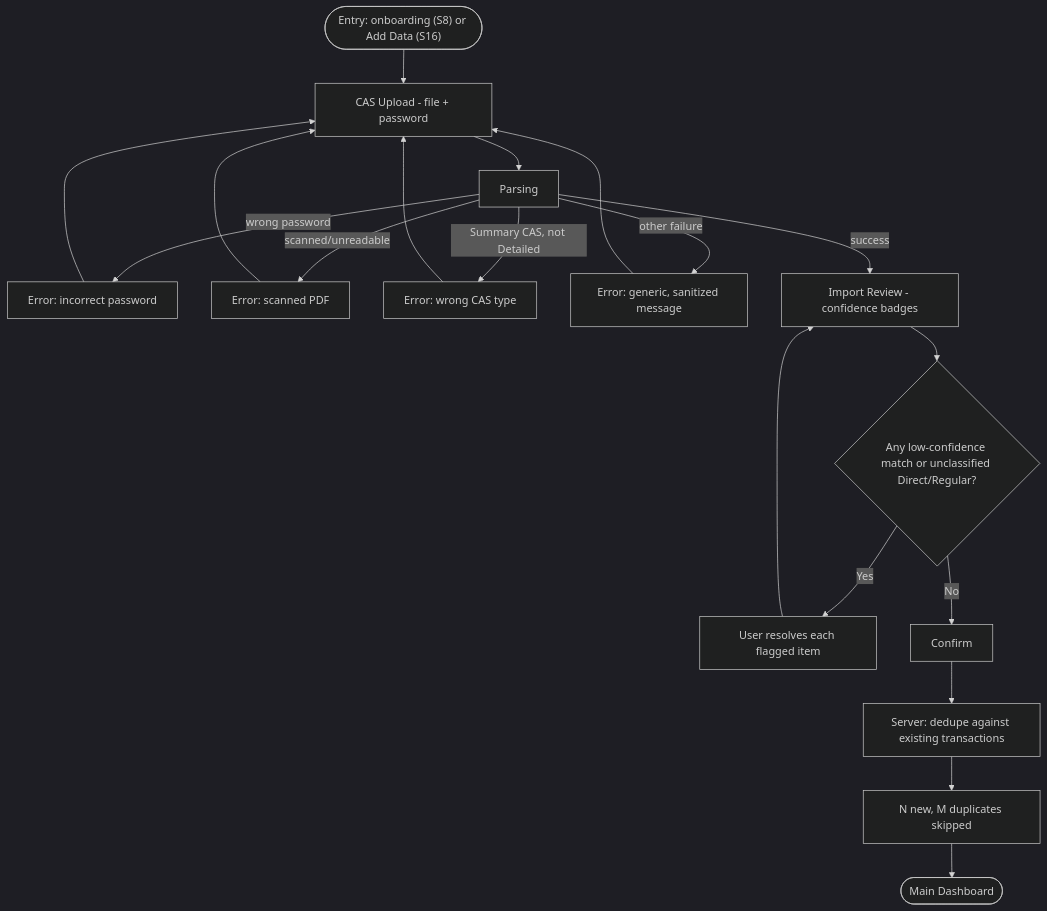
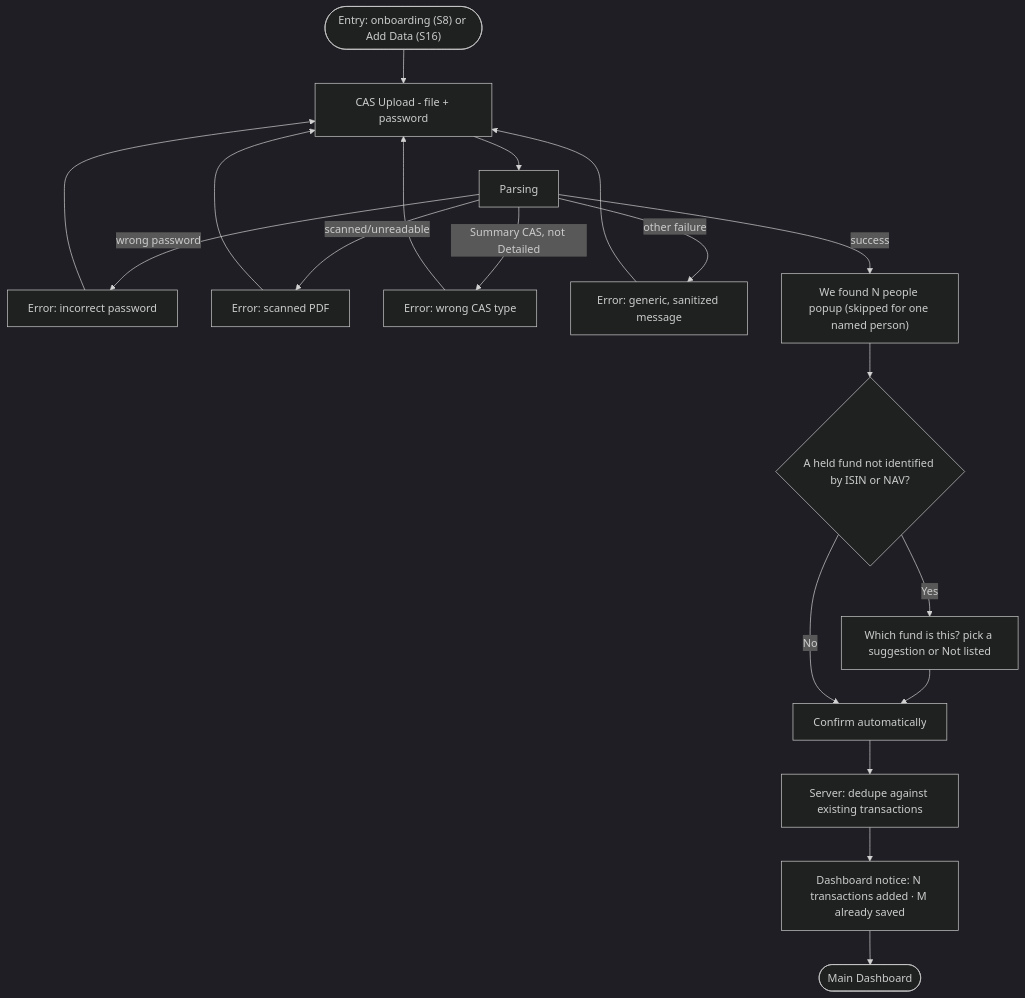
The fourth of 4 diagrams in Docs/PRDs/App-Flow-Unifolio.md (ayushkarnawat/MVP_V1_MF_only), drawn with Mermaid (dark theme) before and after one commit. The commit also changed other lines of this file and 8 other files, not shown here.

````diff
--- a/Docs/PRDs/App-Flow-Unifolio.md
+++ b/Docs/PRDs/App-Flow-Unifolio.md
@@ -161,27 +160,28 @@
 ```mermaid
 %% Covers both first-time onboarding import and ongoing "Add Data" re-entry
 flowchart TD
     Entry(["Entry: onboarding (S8) or Add Data (S16)"]) --> Upload["CAS Upload - file + password"]
     %% Added v1.2: when entered from the Family CAS Upload queue (S24-S26), "Entry" is
     %% per-file — each queued file runs this whole sub-flow independently, tagged to its
     %% owning member per FR-13, before the next queued file starts.
     Upload --> Parse["Parsing"]
     Parse -- "wrong password" --> ErrPwd["Error: incorrect password"]
     Parse -- "scanned/unreadable" --> ErrScan["Error: scanned PDF"]
     Parse -- "Summary CAS, not Detailed" --> ErrType["Error: wrong CAS type"]
     Parse -- "other failure" --> ErrGeneric["Error: generic, sanitized message"]
-    Parse -- success --> Preview["Import Review - confidence badges"]
+    Parse -- success --> People["We found N people popup (skipped for one named person)"]
 
     ErrPwd --> Upload
     ErrScan --> Upload
     ErrType --> Upload
     ErrGeneric --> Upload
 
-    Preview --> LowConf{"Any low-confidence match or unclassified Direct/Regular?"}
-    LowConf -- Yes --> Resolve["User resolves each flagged item"]
-    Resolve --> Preview
-    LowConf -- No --> Confirm["Confirm"]
+    %% 2026-10-08 (PRD-01 FR-10): the Import Review screen is removed.
+    People --> Unknown{"A held fund not identified by ISIN or NAV?"}
+    Unknown -- Yes --> Pick["Which fund is this? pick a suggestion or Not listed"]
+    Pick --> Confirm
+    Unknown -- No --> Confirm["Confirm automatically"]
     Confirm --> Dedupe["Server: dedupe against existing transactions"]
-    Dedupe --> Result["N new, M duplicates skipped"]
+    Dedupe --> Result["Dashboard notice: N transactions added · M already saved"]
     Result --> Dashboard(["Main Dashboard"])
 ```
````
